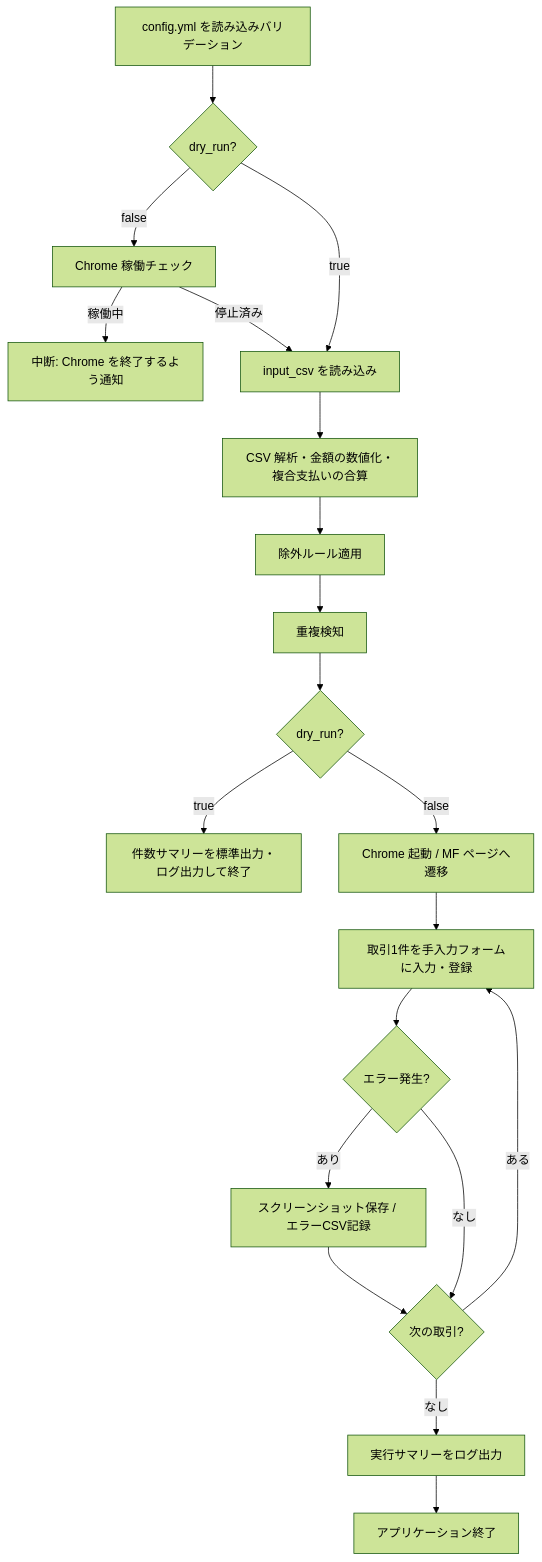
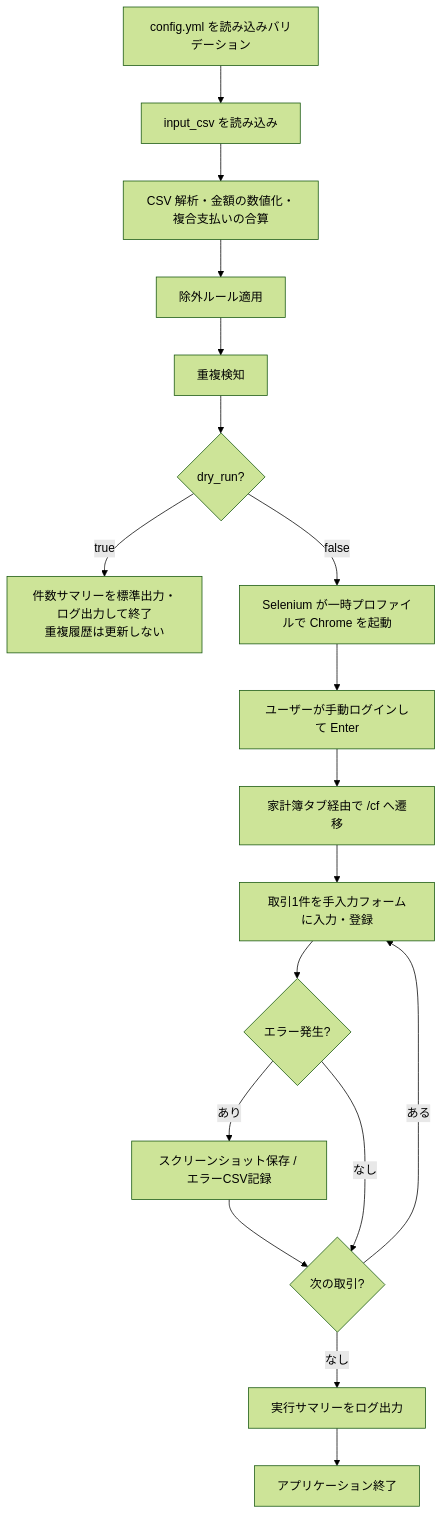
Before and after one commit to Shinoryo/PayPay2MF: the diagram in README.md, drawn with Mermaid (forest theme). The commit also changed other lines of this file, not shown here.

````diff
--- a/README.md
+++ b/README.md
@@ -323,22 +320,20 @@
 ```mermaid
 flowchart TD
-    A[config.yml を読み込みバリデーション] --> B{dry_run?}
-    B -->|false| C[Chrome 稼働チェック]
-    C -->|稼働中| D[中断: Chrome を終了するよう通知]
-    C -->|停止済み| E[input_csv を読み込み]
-    B -->|true| E
-    E --> F[CSV 解析・金額の数値化・複合支払いの合算]
-    F --> G[除外ルール適用]
-    G --> H[重複検知]
-    H --> I{dry_run?}
-    I -->|true| J[件数サマリーを標準出力・ログ出力して終了]
-    I -->|false| K[Chrome 起動 / MF ページへ遷移]
-    K --> L[取引1件を手入力フォームに入力・登録]
-    L --> M{エラー発生?}
-    M -->|あり| N[スクリーンショット保存 / エラーCSV記録]
-    N --> O{次の取引?}
-    M -->|なし| O
-    O -->|ある| L
-    O -->|なし| P[実行サマリーをログ出力]
-    P --> Q[アプリケーション終了]
+    A[config.yml を読み込みバリデーション] --> B[input_csv を読み込み]
+    B --> C[CSV 解析・金額の数値化・複合支払いの合算]
+    C --> D[除外ルール適用]
+    D --> E[重複検知]
+    E --> F{dry_run?}
+    F -->|true| G[件数サマリーを標準出力・ログ出力して終了\n重複履歴は更新しない]
+    F -->|false| H[Selenium が一時プロファイルで Chrome を起動]
+    H --> I[ユーザーが手動ログインして Enter]
+    I --> J[家計簿タブ経由で /cf へ遷移]
+    J --> K[取引1件を手入力フォームに入力・登録]
+    K --> L{エラー発生?}
+    L -->|あり| M[スクリーンショット保存 / エラーCSV記録]
+    M --> N{次の取引?}
+    L -->|なし| N
+    N -->|ある| K
+    N -->|なし| O[実行サマリーをログ出力]
+    O --> P[アプリケーション終了]
 ```
````
